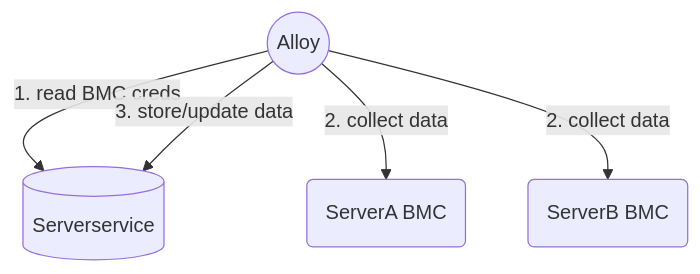
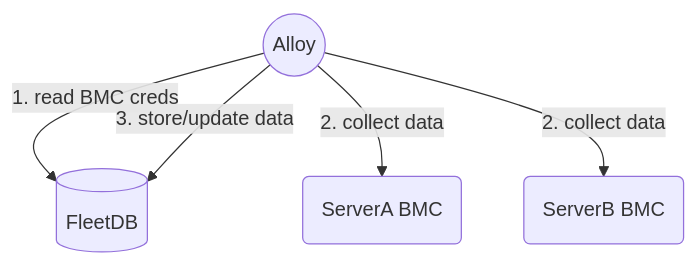
The first of 2 diagrams in README.md (metal-toolbox/alloy), drawn with Mermaid before and after one commit. The commit also changed other lines of this file and 4 other files, not shown here.

````diff
--- a/README.md
+++ b/README.md
@@ -30,7 +30,7 @@
 ```mermaid
 graph TD
-  a((Alloy))-- 1. read BMC creds -->ss[(Serverservice)]
-  a((Alloy))-- 3. store/update data -->ss[(Serverservice)]
+  a((Alloy))-- 1. read BMC creds -->ss[(FleetDB)]
+  a((Alloy))-- 3. store/update data -->ss[(FleetDB)]
   a((Alloy))-- 2. collect data -->sa(ServerA BMC)
   a((Alloy))-- 2. collect data -->sb(ServerB BMC)
 ```
````
